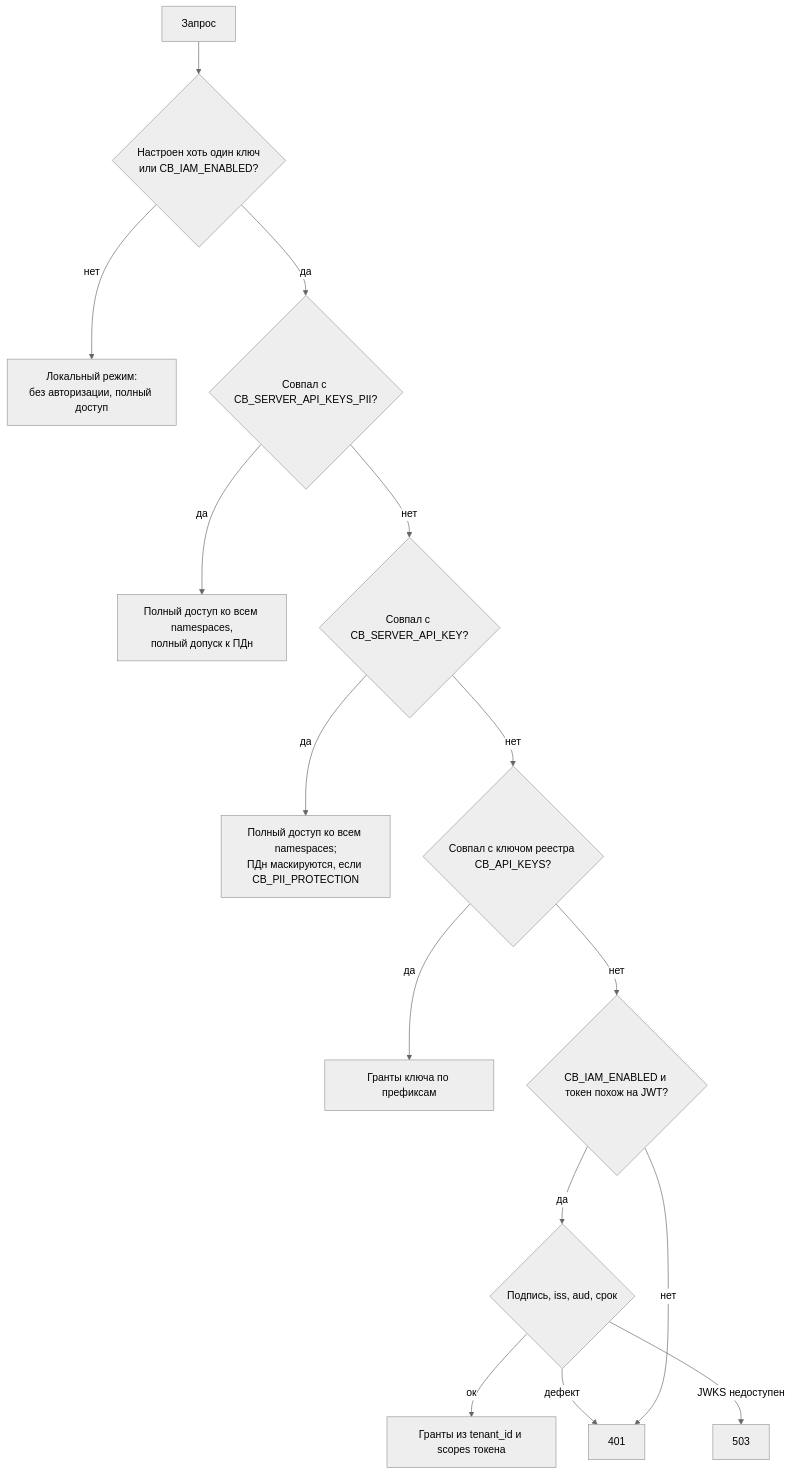
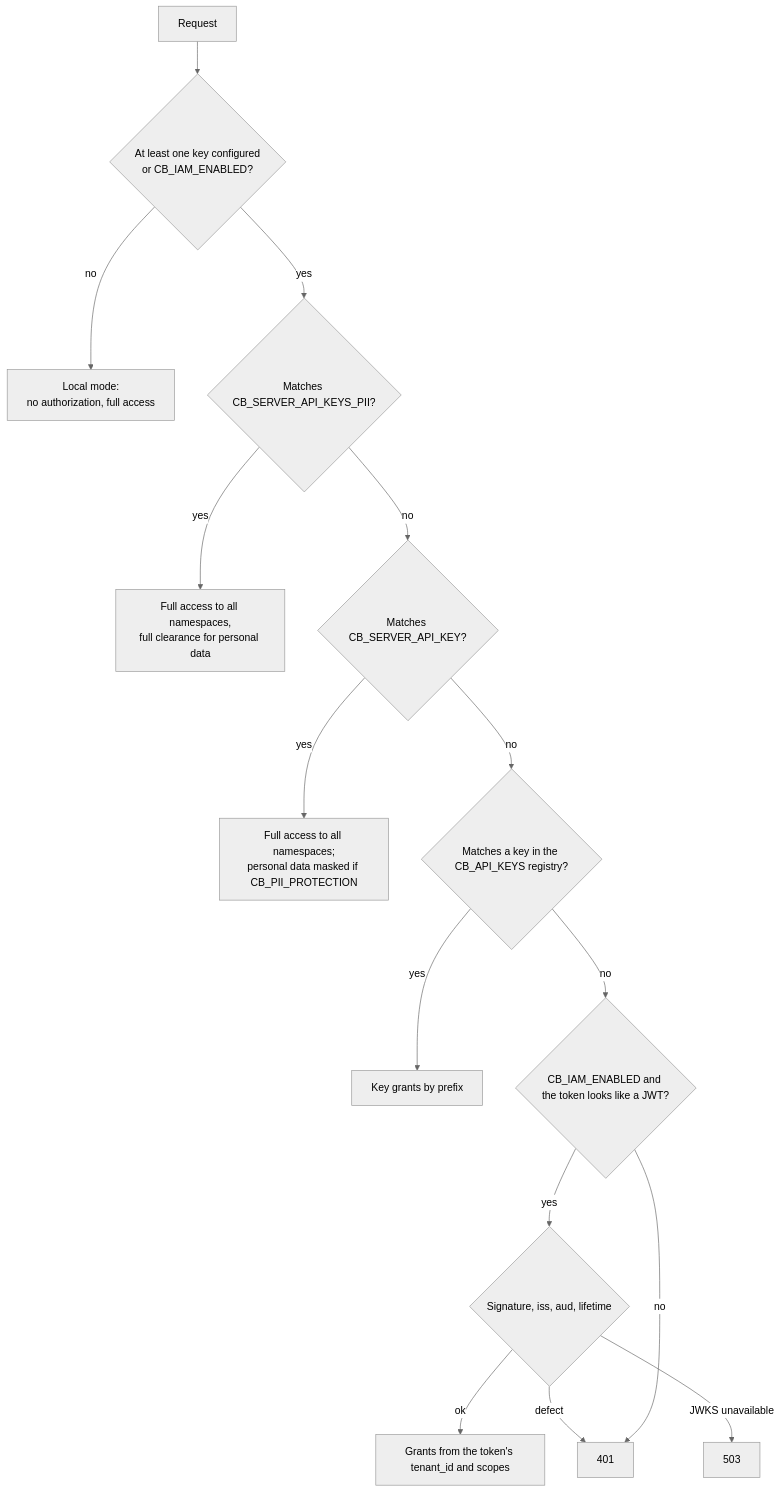
Before and after one commit to monthu56/taimen: the diagram in guide/docs/memory/namespaces.md, drawn with Mermaid (neutral theme). The commit also changed other lines of this file and 183 other files, not shown here.

````diff
--- a/guide/docs/memory/namespaces.md
+++ b/guide/docs/memory/namespaces.md
@@ -64,17 +70,17 @@
 ```mermaid
 flowchart TD
-    A[Запрос] --> B{Настроен хоть один ключ<br/>или CB_IAM_ENABLED?}
-    B -- нет --> L[Локальный режим:<br/>без авторизации, полный доступ]
-    B -- да --> C{Совпал с CB_SERVER_API_KEYS_PII?}
-    C -- да --> P1[Полный доступ ко всем namespaces,<br/>полный допуск к ПДн]
-    C -- нет --> D{Совпал с CB_SERVER_API_KEY?}
-    D -- да --> P2[Полный доступ ко всем namespaces;<br/>ПДн маскируются, если CB_PII_PROTECTION]
-    D -- нет --> E{Совпал с ключом реестра CB_API_KEYS?}
-    E -- да --> P3[Гранты ключа по префиксам]
-    E -- нет --> F{CB_IAM_ENABLED и токен похож на JWT?}
-    F -- да --> G{Подпись, iss, aud, срок}
-    G -- ок --> P4[Гранты из tenant_id и scopes токена]
-    G -- дефект --> X401[401]
-    G -- JWKS недоступен --> X503[503]
-    F -- нет --> X401
+    A[Request] --> B{At least one key configured<br/>or CB_IAM_ENABLED?}
+    B -- no --> L[Local mode:<br/>no authorization, full access]
+    B -- yes --> C{Matches CB_SERVER_API_KEYS_PII?}
+    C -- yes --> P1[Full access to all namespaces,<br/>full clearance for personal data]
+    C -- no --> D{Matches CB_SERVER_API_KEY?}
+    D -- yes --> P2[Full access to all namespaces;<br/>personal data masked if CB_PII_PROTECTION]
+    D -- no --> E{Matches a key in the CB_API_KEYS registry?}
+    E -- yes --> P3[Key grants by prefix]
+    E -- no --> F{CB_IAM_ENABLED and the token looks like a JWT?}
+    F -- yes --> G{Signature, iss, aud, lifetime}
+    G -- ok --> P4[Grants from the token's tenant_id and scopes]
+    G -- defect --> X401[401]
+    G -- JWKS unavailable --> X503[503]
+    F -- no --> X401
 ```
````
